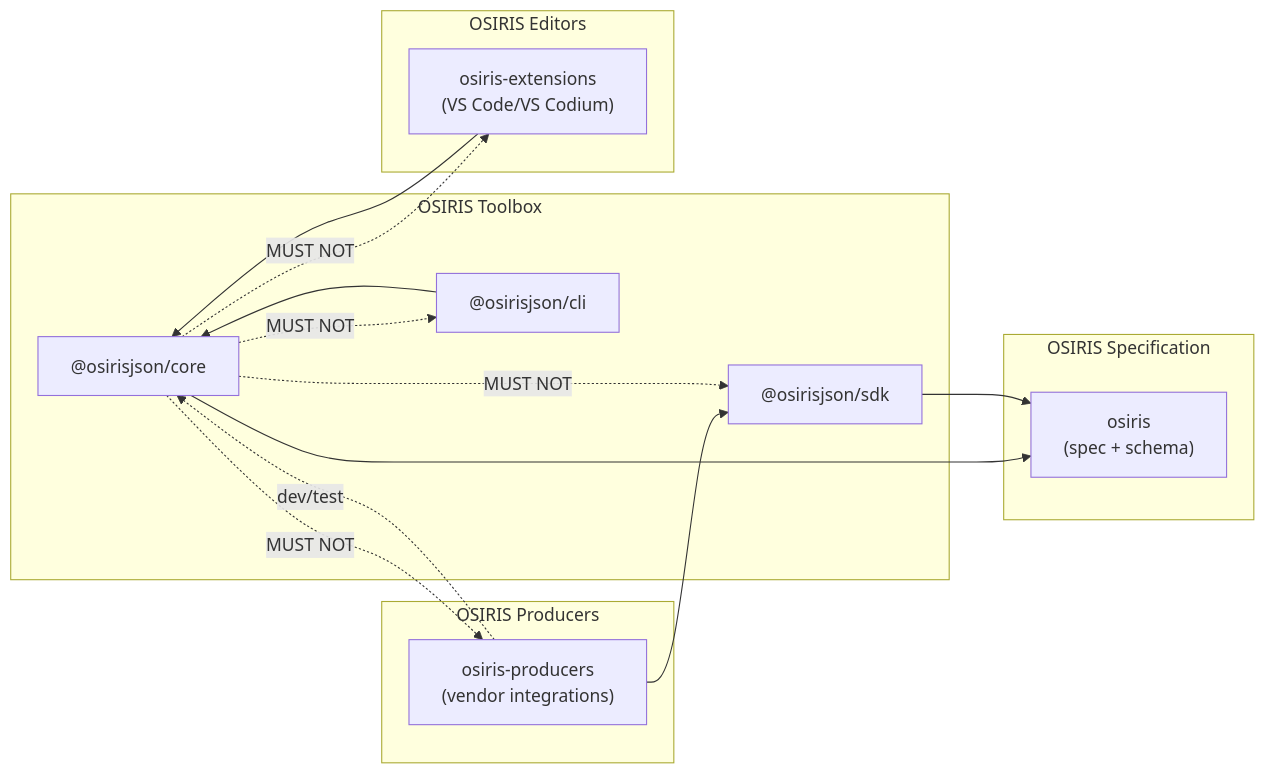
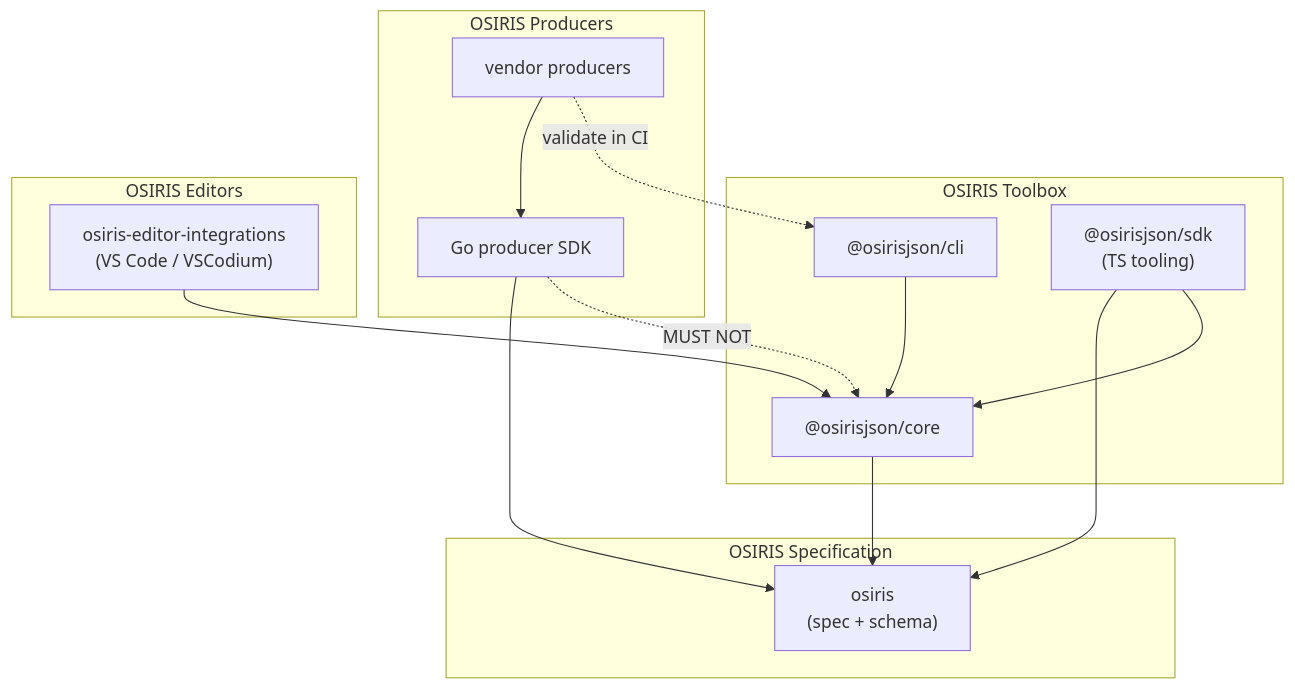
The first of 2 diagrams in docs/guidelines/v1.0/OSIRIS-ARCHITECTURE.md (osirisjson/osiris), drawn with Mermaid before and after one commit. The commit also changed other lines of this file and 6 other files, not shown here.

Commit message:
dev-docs(osiris-architecture):chapter 5 and 6 completed. Multiple sections updated for clarity and consistency. Aligned normative wording and grammars.

````diff
--- a/docs/guidelines/v1.0/OSIRIS-ARCHITECTURE.md
+++ b/docs/guidelines/v1.0/OSIRIS-ARCHITECTURE.md
@@ -191,31 +273,31 @@
 ```mermaid
-flowchart LR
-  subgraph OSIRIS Specification
-    SPEC["osiris
-    (spec + schema)"]
+flowchart TB
+  subgraph SPEC_G["OSIRIS Specification"]
+    SPEC["osiris<br/>(spec + schema)"]
   end
-  subgraph OSIRIS Toolbox
+
+  subgraph TLB_G["OSIRIS Toolbox"]
+    CLI["@osirisjson/cli"]
     CORE["@osirisjson/core"]
-    SDK["@osirisjson/sdk"]
-    CLI["@osirisjson/cli"]
+    SDK_TS["@osirisjson/sdk<br/>(TS tooling)"]
   end
-  subgraph OSIRIS Producers
-    PROD["osiris-producers
-    (vendor integrations)"]
+
+  subgraph PROD_G["OSIRIS Producers"]
+    SDK_GO["Go producer SDK"]
+    PROD["vendor producers"]
   end
-  subgraph OSIRIS Editors
-    EXT["osiris-extensions
-    (VS Code/VS Codium)"]
+
+  subgraph EDT_G["OSIRIS Editors"]
+    EXT["osiris-editor-integrations<br/>(VS Code / VSCodium)"]
   end
+
   CORE --> SPEC
-  SDK --> SPEC
+  SDK_TS --> SPEC
+  SDK_TS --> CORE
   CLI --> CORE
   EXT --> CORE
-  PROD --> SDK
-  PROD -. dev/test .-> CORE
-  %% forbidden edges
-  CORE -. MUST NOT .-> CLI
-  CORE -. MUST NOT .-> SDK
-  CORE -. MUST NOT .-> PROD
-  CORE -. MUST NOT .-> EXT
+  SDK_GO --> SPEC
+  PROD --> SDK_GO
+  PROD -. "validate in CI" .-> CLI
+  SDK_GO -. "MUST NOT" .-> CORE
 ```
````
